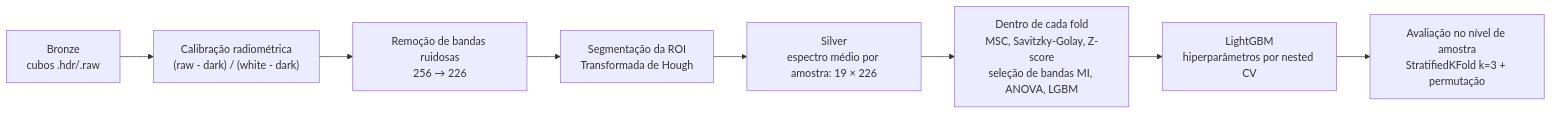
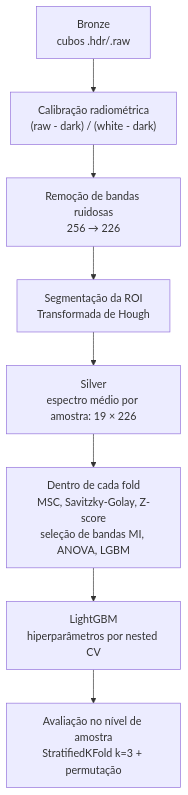
Before and after one commit to Athurgomes/IC-LightGBM: the diagram in README.md, drawn with Mermaid.

Commit message:
docs: exibe o diagrama do pipeline na vertical para melhor leitura

````diff
--- a/README.md
+++ b/README.md
@@ -51,10 +51,10 @@
 ```mermaid
-flowchart LR
+flowchart TD
     B["Bronze<br/>cubos .hdr/.raw"] --> C["Calibração radiométrica<br/>(raw - dark) / (white - dark)"]
     C --> R["Remoção de bandas ruidosas<br/>256 → 226"]
     R --> H["Segmentação da ROI<br/>Transformada de Hough"]
     H --> S["Silver<br/>espectro médio por amostra: 19 × 226"]
     S --> F["Dentro de cada fold<br/>MSC, Savitzky-Golay, Z-score<br/>seleção de bandas MI, ANOVA, LGBM"]
     F --> M["LightGBM<br/>hiperparâmetros por nested CV"]
     M --> A["Avaliação no nível de amostra<br/>StratifiedKFold k=3 + permutação"]
 ```
````
